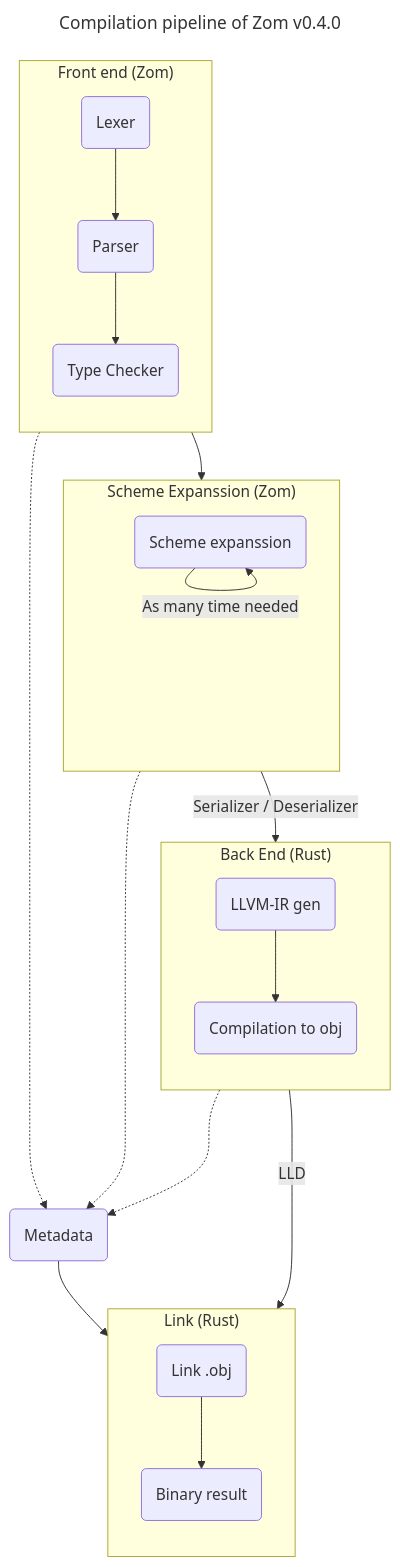
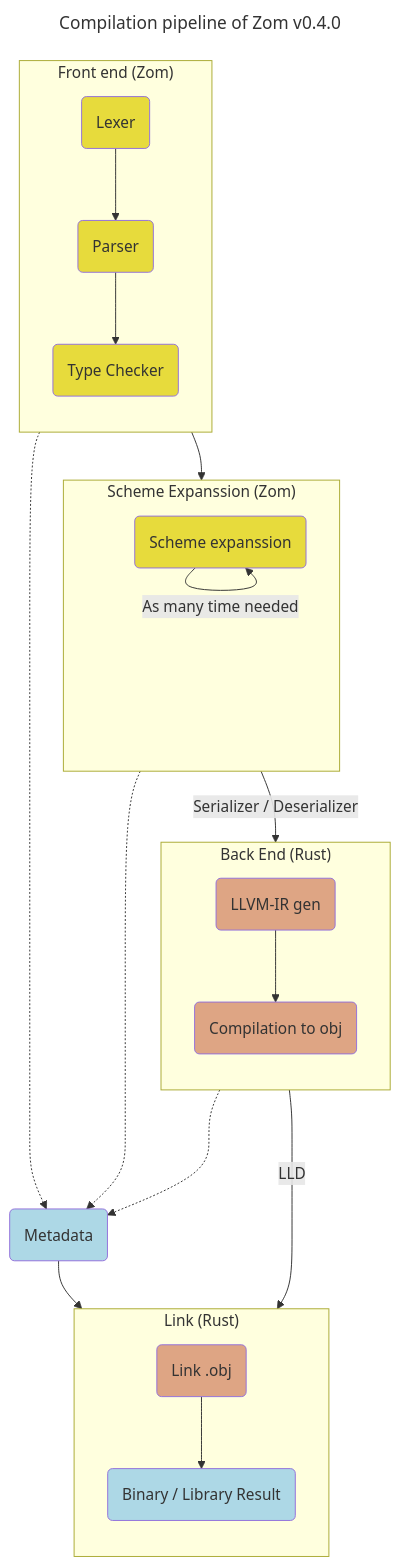
The diagram in docs/compile-pipeline.mmd (zom-lang/zom), drawn with Mermaid before and after one commit.

Commit message:
docs: add colors to the mermaid of the compilation pipeline

```diff
--- a/docs/compile-pipeline.mmd
+++ b/docs/compile-pipeline.mmd
@@ -1,43 +1,47 @@
 ---
 title: Compilation pipeline of Zom v0.4.0
 ---
 flowchart TB
-    lexer("Lexer")
-    parser("Parser")
-    typecheck("Type Checker")
-    scheme_exp("Scheme expanssion")
-    codegen("LLVM-IR gen")
-    compile("Compilation to obj")
-    link("Link .obj")
-    bin("Binary result")
-    metadata("Metadata")
+    classDef Rust fill:#dea584;
+    classDef Zom fill:#E7DB3C;
+    classDef Other fill:lightblue;
+    lexer("Lexer"):::Zom
+    parser("Parser"):::Zom
+    typecheck("Type Checker"):::Zom
+    scheme_exp("Scheme expanssion"):::Zom
+    codegen("LLVM-IR gen"):::Rust
+    compile("Compilation to obj"):::Rust
+    link("Link .obj"):::Rust
+    bin("Binary / Library Result"):::Other
+    metadata("Metadata"):::Other
+
 
     subgraph fe ["Front end (Zom)"]
         direction TB
         lexer --> parser ;
         parser --> typecheck;
     end
 
     subgraph se ["Scheme Expanssion (Zom)"]
         direction TB
         typecheck --> scheme_exp;
         scheme_exp --"As many time needed"--> scheme_exp
     end
     
     subgraph be ["Back End (Rust)"]
         direction TB
         scheme_exp --"Serializer / Deserializer"--> codegen;
         codegen --> compile
     end
 
     fe -..-> metadata
     se -..-> metadata
     be -..-> metadata
 
     metadata --> lnk
 
     subgraph lnk ["Link (Rust)"]
         direction TB
         compile --"LLD"--> link;
         link --> bin
     end
```
